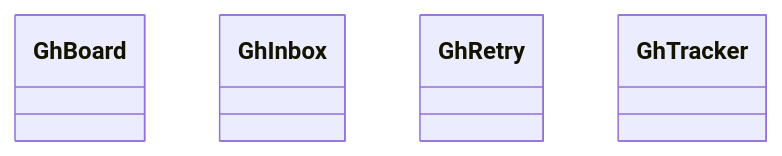
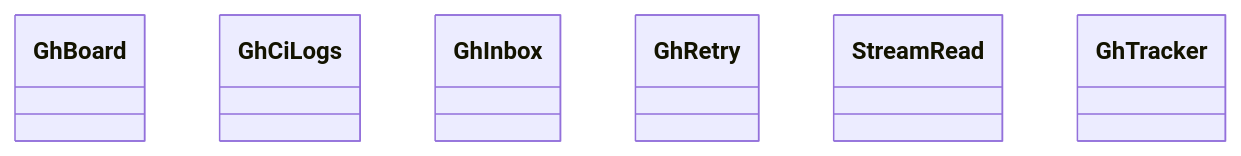
The diagram in docs/architecture/generated/classes-process-adapters-github.md (GonzaloZevallos/agentic-system), drawn with Mermaid before and after one commit. The commit also changed 15 other files, not shown here.

````diff
--- a/docs/architecture/generated/classes-process-adapters-github.md
+++ b/docs/architecture/generated/classes-process-adapters-github.md
@@ -11,7 +11,9 @@
 ```mermaid
 classDiagram
     class github__board__GhBoard["GhBoard"]
+    class github__ci_logs__GhCiLogs["GhCiLogs"]
     class github__inbox__GhInbox["GhInbox"]
     class github__run__GhRetry["GhRetry"]
+    class github__run__StreamRead["StreamRead"]
     class github__tracker__GhTracker["GhTracker"]
 ```
````
